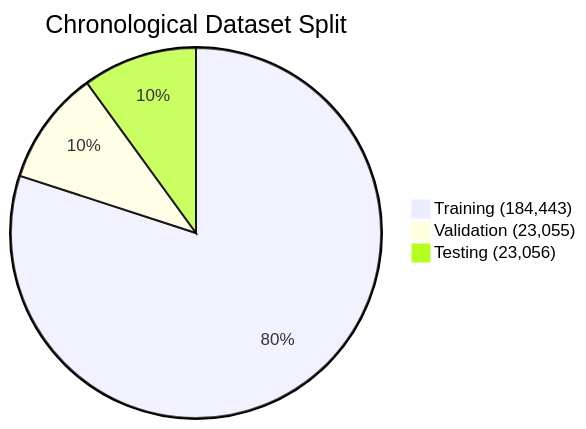
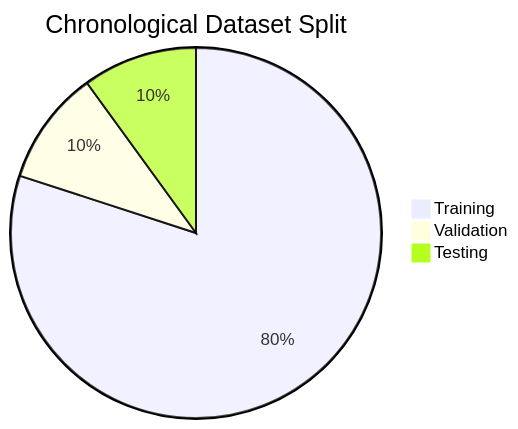
One commit to sai-ganesh-4539/StatVault changed the second of 11 diagrams in Match_Prediction_Intelligence.md. Above: the diagram before and after it, drawn with Mermaid. The commit also changed other lines of this file, not shown here.

````diff
--- a/Match_Prediction_Intelligence.md
+++ b/Match_Prediction_Intelligence.md
@@ -68,7 +85,7 @@
 ```mermaid
 pie title Chronological Dataset Split
 
-"Training (184,443)" : 184443
-"Validation (23,055)" : 23055
-"Testing (23,056)" : 23056
+"Training" : 184443
+"Validation" : 23055
+"Testing" : 23056
 ```
````
